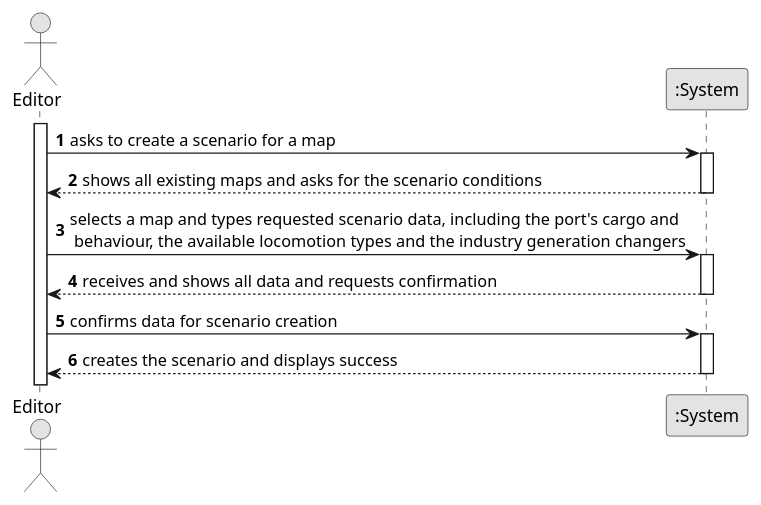
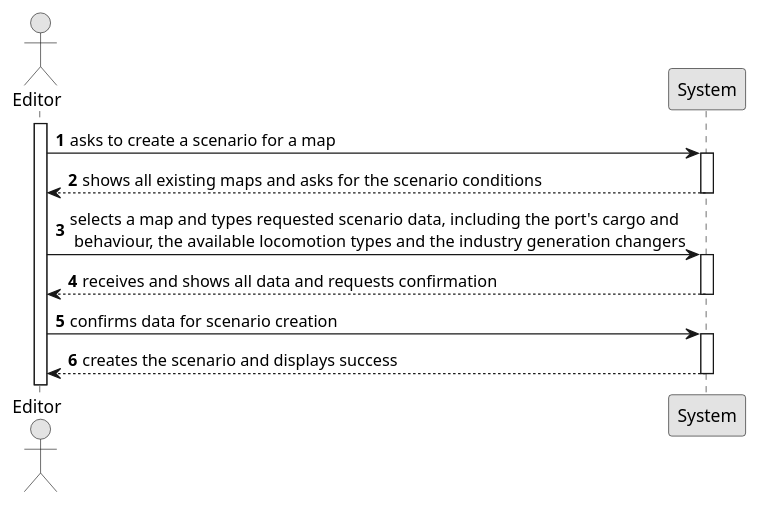
Before and after one commit to 1240935/pi2-railway-simulator: the diagram in docsFinais/US004/01.requirements-engineering/puml/US004-SSD.puml, drawn with PlantUML. The commit also changed 118 other files, not shown here.

```diff
--- a/docsFinais/US004/01.requirements-engineering/puml/US004-SSD.puml
+++ b/docsFinais/US004/01.requirements-engineering/puml/US004-SSD.puml
@@ -1,31 +1,31 @@
 @startuml
 skinparam monochrome true
 skinparam packageStyle rectangle
 skinparam shadowing false
 
 autonumber
 
 actor "Editor" as Employee
-participant ":System" as System
+participant "System" as System
 
 activate Employee
 
     Employee -> System : asks to create a scenario for a map
     activate System
 
         System --> Employee : shows all existing maps and asks for the scenario conditions
     deactivate System
 
     Employee -> System : selects a map and types requested scenario data, including the port's cargo and \n behaviour, the available locomotion types and the industry generation changers
 
     activate System
 
         System --> Employee : receives and shows all data and requests confirmation
     deactivate System
 
     Employee -> System : confirms data for scenario creation
     activate System
 
         System --> Employee : creates the scenario and displays success
     deactivate System
 @enduml
```
